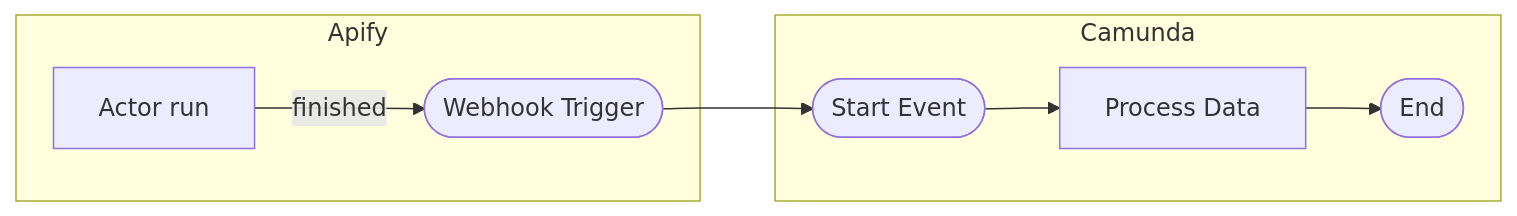
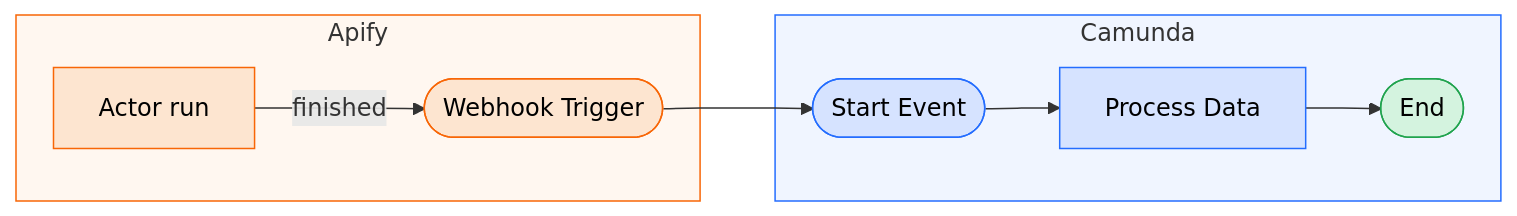
Before and after one commit to apify/apify-docs: the third of 9 diagrams in sources/platform/integrations/workflows-and-notifications/camunda.md, drawn with Mermaid. The commit also changed other lines of this file, not shown here.

Commit message:
docs: update Camunda integration documentation with enhanced descriptions, improved structure, and additional details on operations

````diff
--- a/sources/platform/integrations/workflows-and-notifications/camunda.md
+++ b/sources/platform/integrations/workflows-and-notifications/camunda.md
@@ -192,10 +335,19 @@
 ```mermaid
 graph LR
     subgraph Apify
         AR[Actor run] -->|finished| A([Webhook Trigger])
     end
     subgraph Camunda
         B([Start Event]) --> C[Process Data] --> D([End])
     end
     A --> B
+
+    classDef apify fill:#fde5d0,stroke:#f86606,color:#000
+    classDef camunda fill:#d6e3ff,stroke:#246dff,color:#000
+    classDef terminal fill:#d4f3df,stroke:#20a34e,color:#000
+    class AR,A apify
+    class B,C camunda
+    class D terminal
+    style Apify fill:#fff7f0,stroke:#f86606
+    style Camunda fill:#f0f5ff,stroke:#246dff
 ```
````
